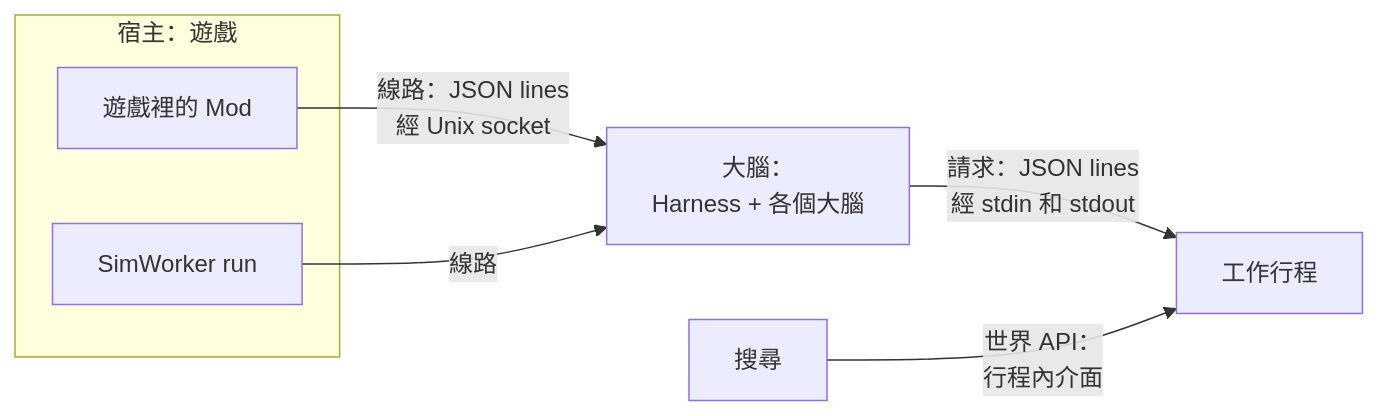
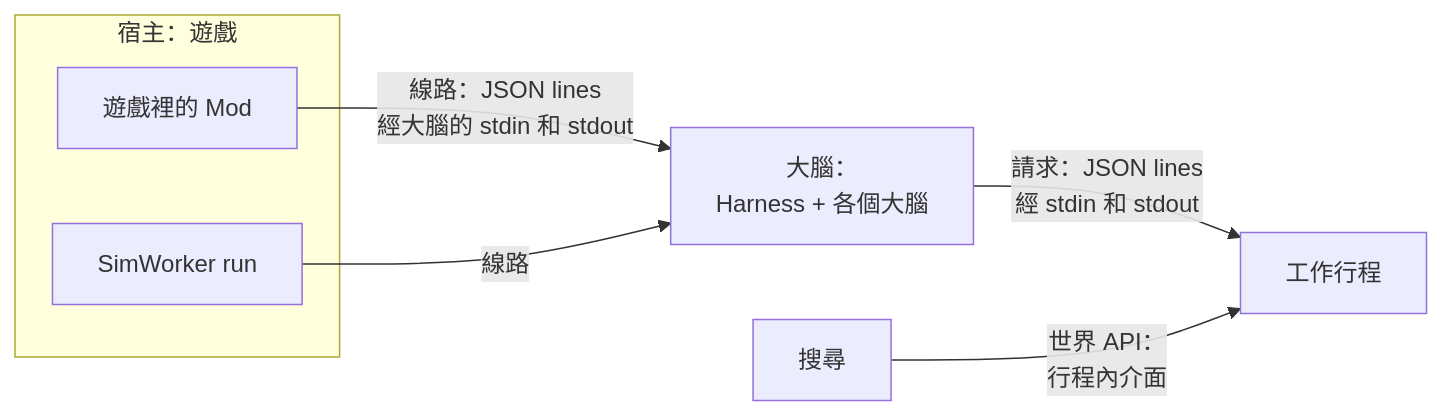
The diagram in docs/src/content/docs/zh-tw/arch/protocol/index.mdx (shinnku-nikaidou/spire-zero), drawn with Mermaid before and after one commit. The commit also changed other lines of this file and 164 other files, not shown here.

````diff
--- a/docs/src/content/docs/zh-tw/arch/protocol/index.mdx
+++ b/docs/src/content/docs/zh-tw/arch/protocol/index.mdx
@@ -25,14 +25,14 @@
 ```mermaid
 flowchart LR
   subgraph host["宿主：遊戲"]
     M["遊戲裡的 Mod"]
     S["SimWorker run"]
   end
   B["大腦：<br/>Harness + 各個大腦"]
   W["工作行程"]
   X["搜尋"]
-  M -- "線路：JSON lines<br/>經 Unix socket" --> B
+  M -- "線路：JSON lines<br/>經大腦的 stdin 和 stdout" --> B
   S -- "線路" --> B
   B -- "請求：JSON lines<br/>經 stdin 和 stdout" --> W
   X -- "世界 API：<br/>行程內介面" --> W
 ```
````
